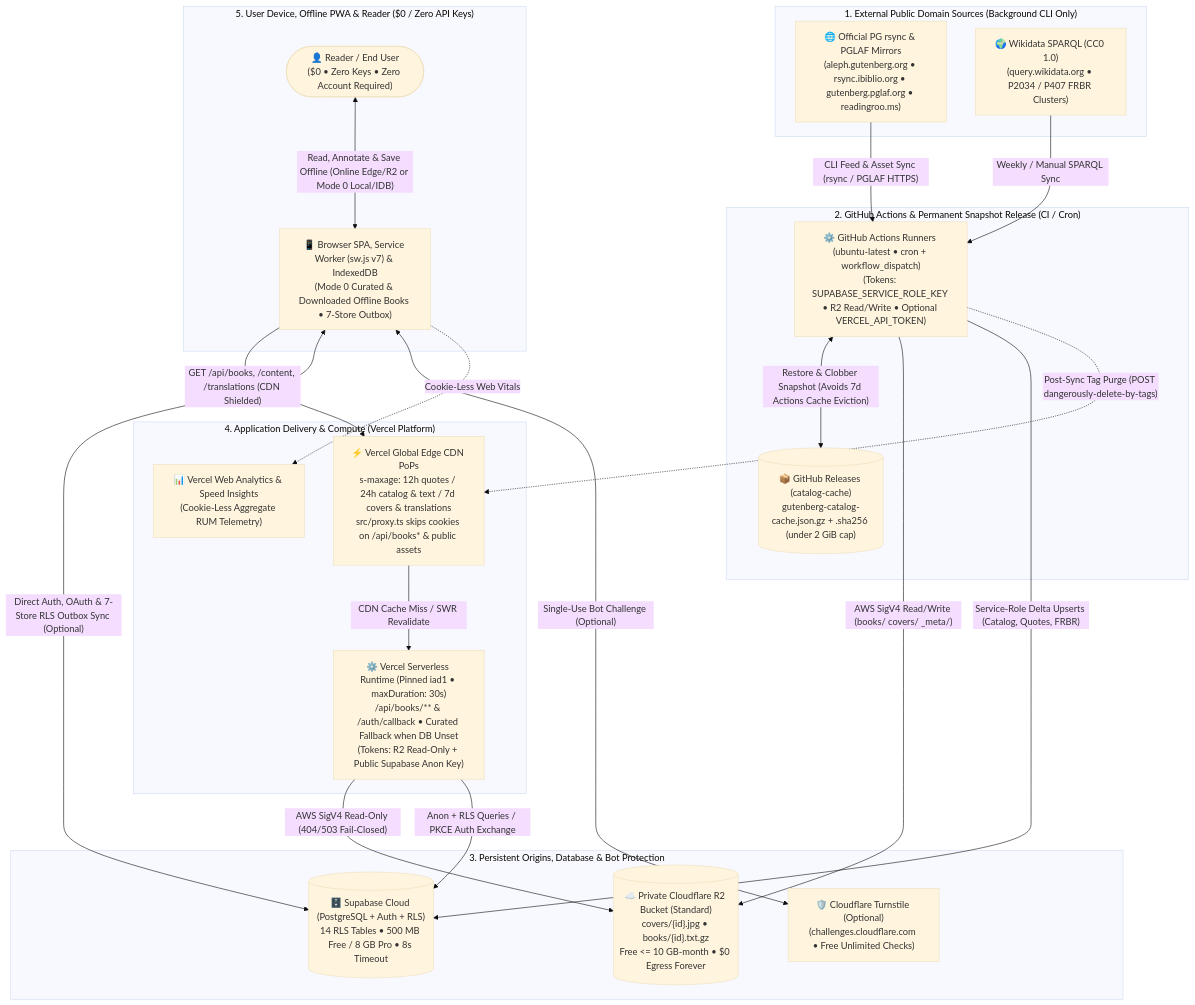
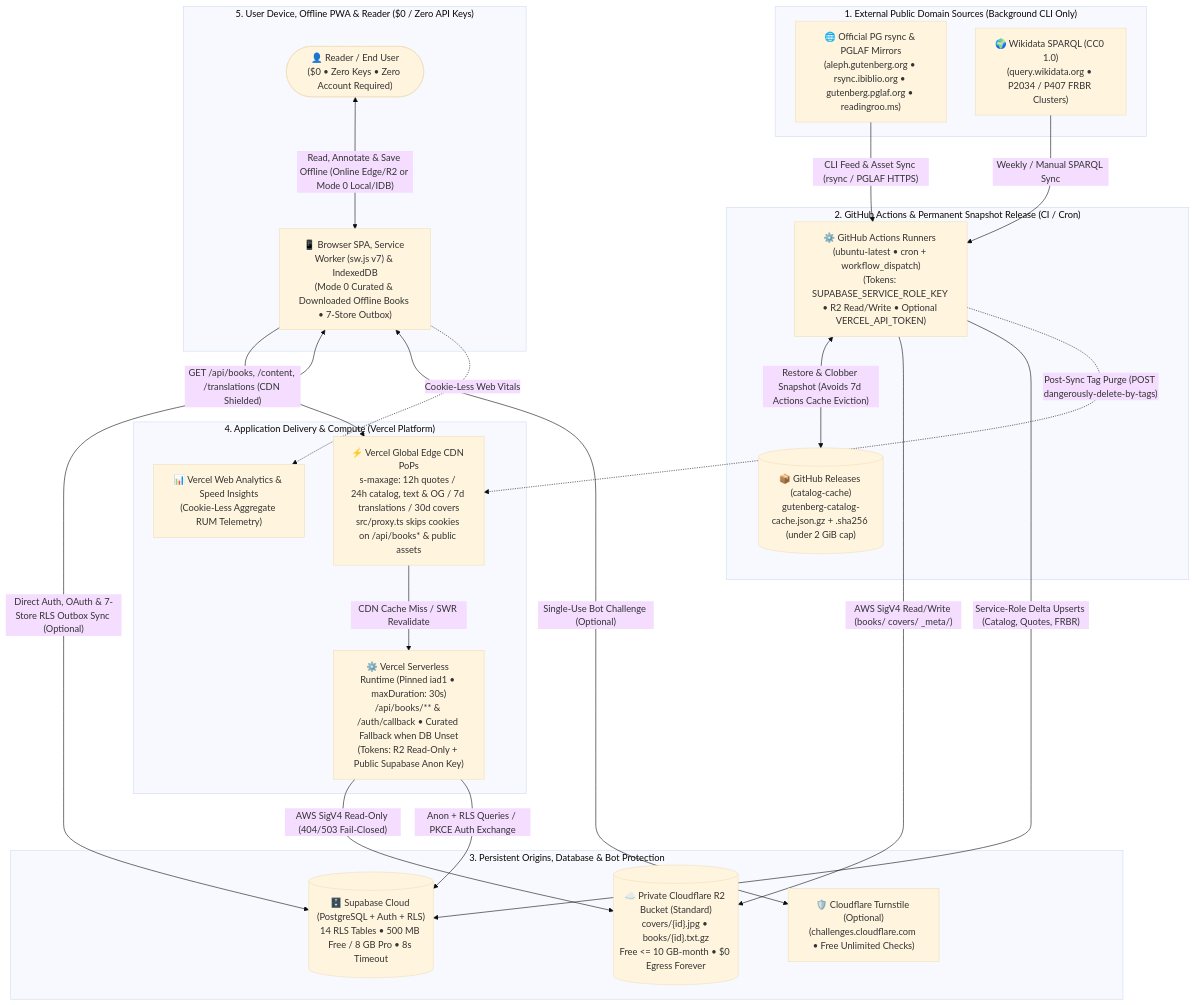
One commit to calin-m/Bookarium changed the diagram in docs/INFRASTRUCTURE.md. Above: the diagram before and after it, drawn with Mermaid (base theme). The commit also changed other lines of this file and 74 other files, not shown here.

````diff
--- a/docs/INFRASTRUCTURE.md
+++ b/docs/INFRASTRUCTURE.md
@@ -32,46 +32,46 @@
 ```mermaid
 flowchart TD
     subgraph UpstreamFeeds ["1. External Public Domain Sources (Background CLI Only)"]
         PGMirrors["🌐 Official PG rsync & PGLAF Mirrors\n(aleph.gutenberg.org • rsync.ibiblio.org • gutenberg.pglaf.org • readingroo.ms)"]
         Wikidata["🌍 Wikidata SPARQL (CC0 1.0)\n(query.wikidata.org • P2034 / P407 FRBR Clusters)"]
     end
 
     subgraph AutomationTier ["2. GitHub Actions & Permanent Snapshot Release (CI / Cron)"]
         GHActions["⚙️ GitHub Actions Runners (ubuntu-latest • cron + workflow_dispatch)\n(Tokens: SUPABASE_SERVICE_ROLE_KEY • R2 Read/Write • Optional VERCEL_API_TOKEN)"]
         GHRelease[("📦 GitHub Releases (catalog-cache)\ngutenberg-catalog-cache.json.gz + .sha256 (under 2 GiB cap)")]
     end
 
     subgraph OriginServices ["3. Persistent Origins, Database & Bot Protection"]
         R2Bucket[("☁️ Private Cloudflare R2 Bucket (Standard)\ncovers/{id}.jpg • books/{id}.txt.gz\nFree <= 10 GB-month • $0 Egress Forever")]
         SupaCloud[("🗄️ Supabase Cloud (PostgreSQL + Auth + RLS)\n14 RLS Tables • 500 MB Free / 8 GB Pro • 8s Timeout")]
         Turnstile["🛡️ Cloudflare Turnstile (Optional)\n(challenges.cloudflare.com • Free Unlimited Checks)"]
     end
 
     subgraph VercelPlane ["4. Application Delivery & Compute (Vercel Platform)"]
-        EdgeCDN["⚡ Vercel Global Edge CDN PoPs\ns-maxage: 12h quotes / 24h catalog & text / 7d covers & translations\nsrc/proxy.ts skips cookies on /api/books* & public assets"]
+        EdgeCDN["⚡ Vercel Global Edge CDN PoPs\ns-maxage: 12h quotes / 24h catalog, text & OG / 7d translations / 30d covers\nsrc/proxy.ts skips cookies on /api/books* & public assets"]
         VercelOrigin["⚙️ Vercel Serverless Runtime (Pinned iad1 • maxDuration: 30s)\n/api/books/** & /auth/callback • Curated Fallback when DB Unset\n(Tokens: R2 Read-Only + Public Supabase Anon Key)"]
         VercelObs["📊 Vercel Web Analytics & Speed Insights\n(Cookie-Less Aggregate RUM Telemetry)"]
     end
 
     subgraph UserDevicePlane ["5. User Device, Offline PWA & Reader ($0 / Zero API Keys)"]
         BrowserPWA["📱 Browser SPA, Service Worker (sw.js v7) & IndexedDB\n(Mode 0 Curated & Downloaded Offline Books • 7-Store Outbox)"]
         EndUser(["👤 Reader / End User\n($0 • Zero Keys • Zero Account Required)"])
     end
 
     PGMirrors -->|"CLI Feed & Asset Sync (rsync / PGLAF HTTPS)"| GHActions
     Wikidata -->|"Weekly / Manual SPARQL Sync"| GHActions
     GHActions <-->|"Restore & Clobber Snapshot (Avoids 7d Actions Cache Eviction)"| GHRelease
     GHActions -->|"AWS SigV4 Read/Write (books/ covers/ _meta/)"| R2Bucket
     GHActions -->|"Service-Role Delta Upserts (Catalog, Quotes, FRBR)"| SupaCloud
     GHActions -.->|"Post-Sync Tag Purge (POST dangerously-delete-by-tags)"| EdgeCDN
 
     VercelOrigin -->|"AWS SigV4 Read-Only (404/503 Fail-Closed)"| R2Bucket
     VercelOrigin -->|"Anon + RLS Queries / PKCE Auth Exchange"| SupaCloud
     EdgeCDN -->|"CDN Cache Miss / SWR Revalidate"| VercelOrigin
 
     BrowserPWA -->|"GET /api/books, /content, /translations (CDN Shielded)"| EdgeCDN
     BrowserPWA <-->|"Direct Auth, OAuth & 7-Store RLS Outbox Sync (Optional)"| SupaCloud
     BrowserPWA <-->|"Single-Use Bot Challenge (Optional)"| Turnstile
     BrowserPWA -.->|"Cookie-Less Web Vitals"| VercelObs
     EndUser <-->|"Read, Annotate & Save Offline (Online Edge/R2 or Mode 0 Local/IDB)"| BrowserPWA
 ```
````
